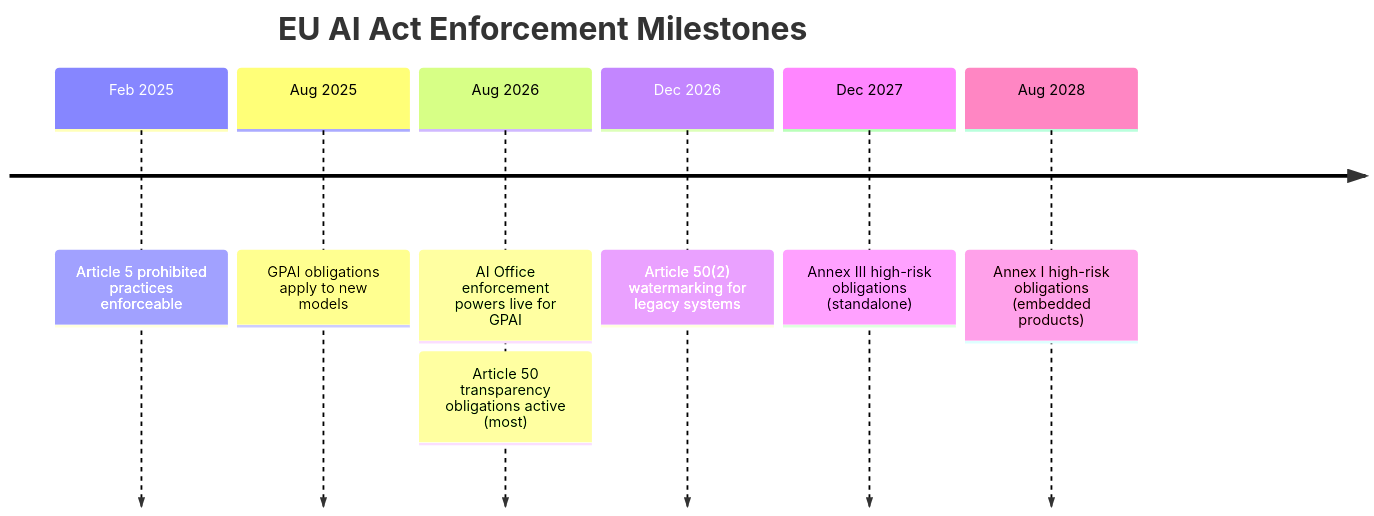
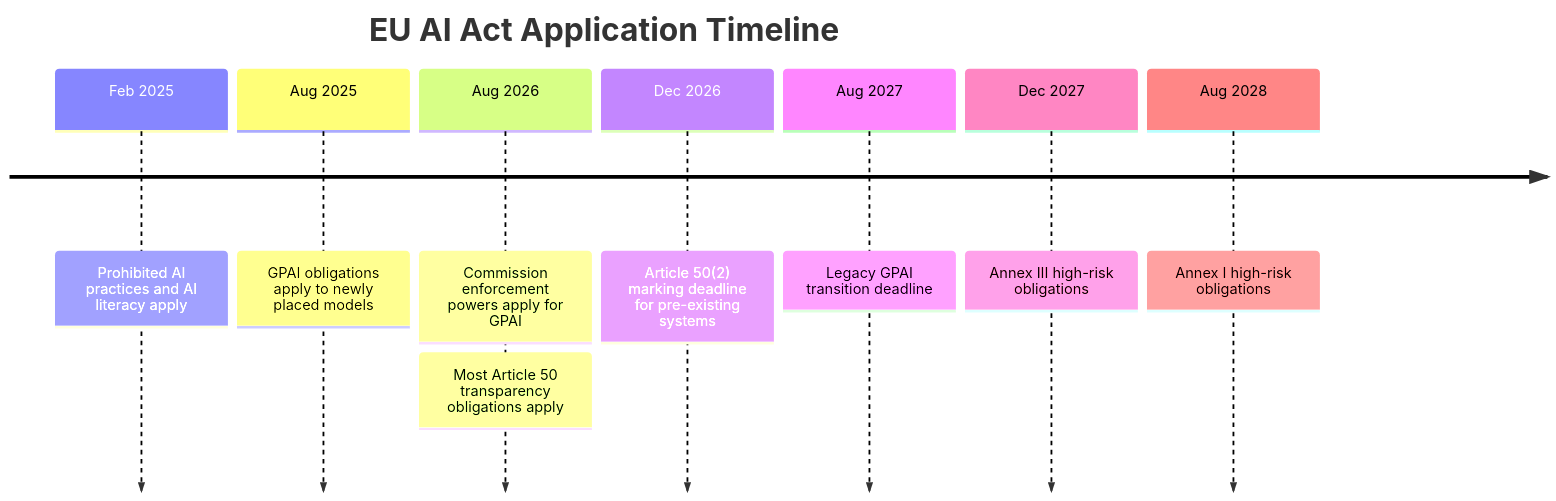
The diagram in posts/eu-ai-act-enforcement-is-live-what-august-2-actually-changed.md (minwu-ai/minwu-ai.github.io), drawn with Mermaid before and after one commit. The commit also changed other lines of this file, not shown here.

````diff
--- a/posts/eu-ai-act-enforcement-is-live-what-august-2-actually-changed.md
+++ b/posts/eu-ai-act-enforcement-is-live-what-august-2-actually-changed.md
@@ -33,11 +119,12 @@
 ```mermaid
 timeline
-    title EU AI Act Enforcement Milestones
-    Feb 2025  : Article 5 prohibited practices enforceable
-    Aug 2025  : GPAI obligations apply to new models
-    Aug 2026  : AI Office enforcement powers live for GPAI
-               : Article 50 transparency obligations active (most)
-    Dec 2026  : Article 50(2) watermarking for legacy systems
-    Dec 2027  : Annex III high-risk obligations (standalone)
-    Aug 2028  : Annex I high-risk obligations (embedded products)
+    title EU AI Act Application Timeline
+    Feb 2025  : Prohibited AI practices and AI literacy apply
+    Aug 2025  : GPAI obligations apply to newly placed models
+    Aug 2026  : Commission enforcement powers apply for GPAI
+               : Most Article 50 transparency obligations apply
+    Dec 2026  : Article 50(2) marking deadline for pre-existing systems
+    Aug 2027  : Legacy GPAI transition deadline
+    Dec 2027  : Annex III high-risk obligations
+    Aug 2028  : Annex I high-risk obligations
 ```
````
